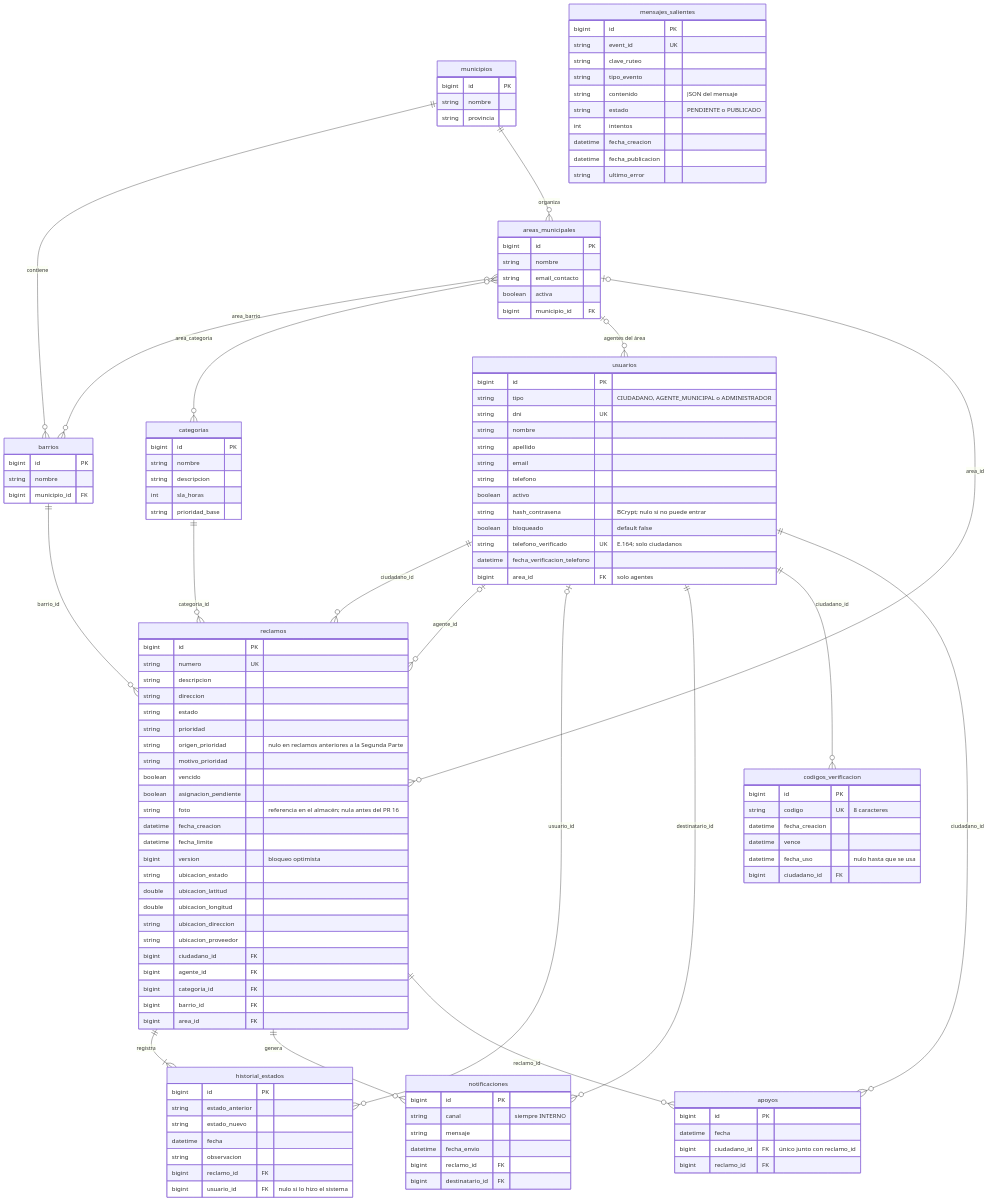
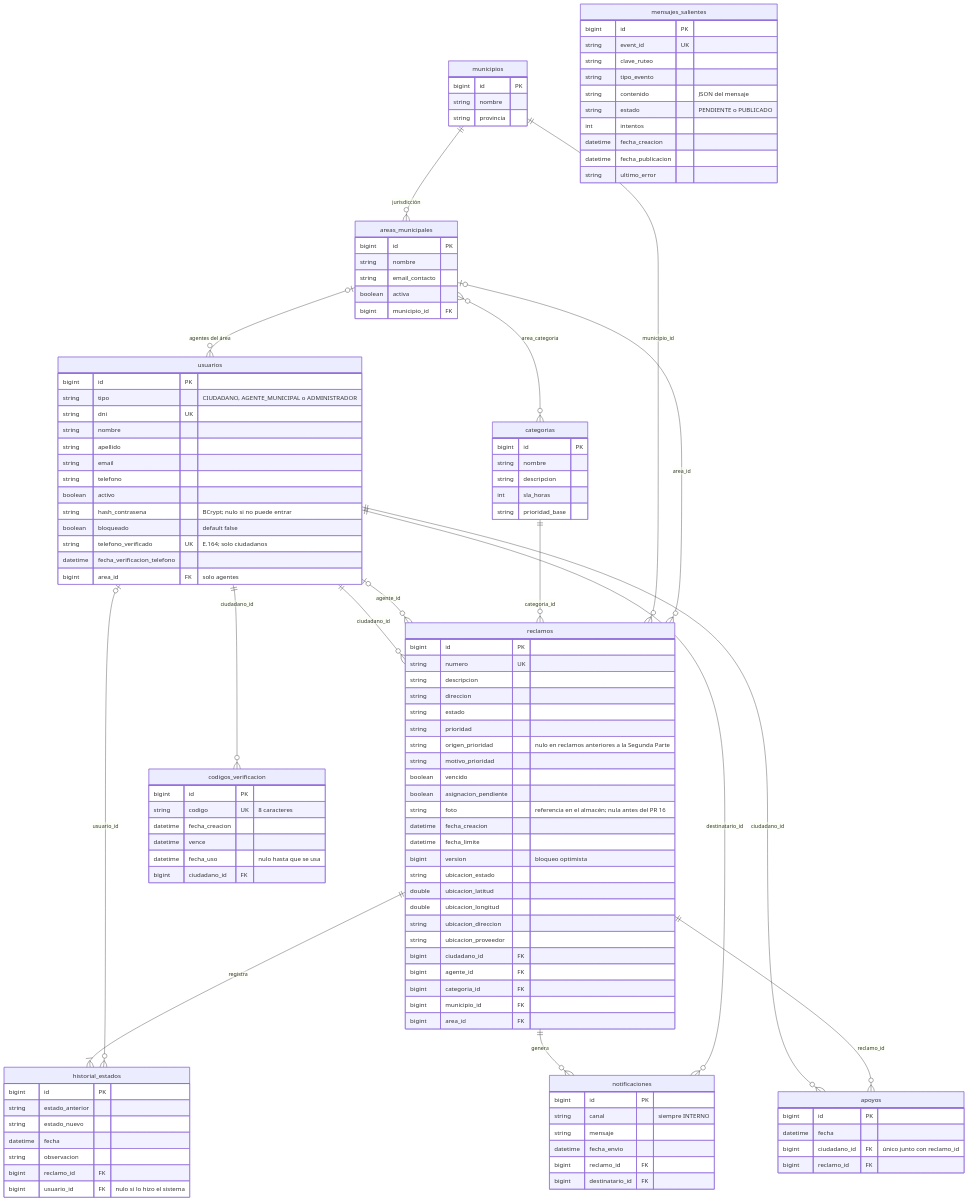
Before and after one commit to SanTegli/DesarrolloAppsIIGrupo10: the second of 2 diagrams in docs/modelo-dominio.md, drawn with Mermaid. The commit also changed other lines of this file and 159 other files, not shown here.

First line of the commit message:
Municipios en vez de barrios: Quilmes, Avellaneda y Berazategui

````diff
--- a/docs/modelo-dominio.md
+++ b/docs/modelo-dominio.md
@@ -238,14 +234,12 @@
 ```mermaid
 erDiagram
-  municipios ||--o{ barrios : contiene
-  municipios ||--o{ areas_municipales : organiza
-  areas_municipales }o--o{ barrios : "area_barrio"
+  municipios ||--o{ areas_municipales : "jurisdicción"
   areas_municipales }o--o{ categorias : "area_categoria"
   areas_municipales |o--o{ usuarios : "agentes del área"
   usuarios ||--o{ reclamos : "ciudadano_id"
   usuarios |o--o{ reclamos : "agente_id"
   categorias ||--o{ reclamos : "categoria_id"
-  barrios ||--o{ reclamos : "barrio_id"
+  municipios ||--o{ reclamos : "municipio_id"
   areas_municipales |o--o{ reclamos : "area_id"
   reclamos ||--|{ historial_estados : registra
   usuarios |o--o{ historial_estados : "usuario_id"
@@ -274,11 +268,6 @@
     bigint id PK
     string nombre
     string provincia
-  }
-  barrios {
-    bigint id PK
-    string nombre
-    bigint municipio_id FK
   }
   categorias {
     bigint id PK
@@ -317,7 +306,7 @@
     bigint ciudadano_id FK
     bigint agente_id FK
     bigint categoria_id FK
-    bigint barrio_id FK
+    bigint municipio_id FK
     bigint area_id FK
   }
   historial_estados {
````
